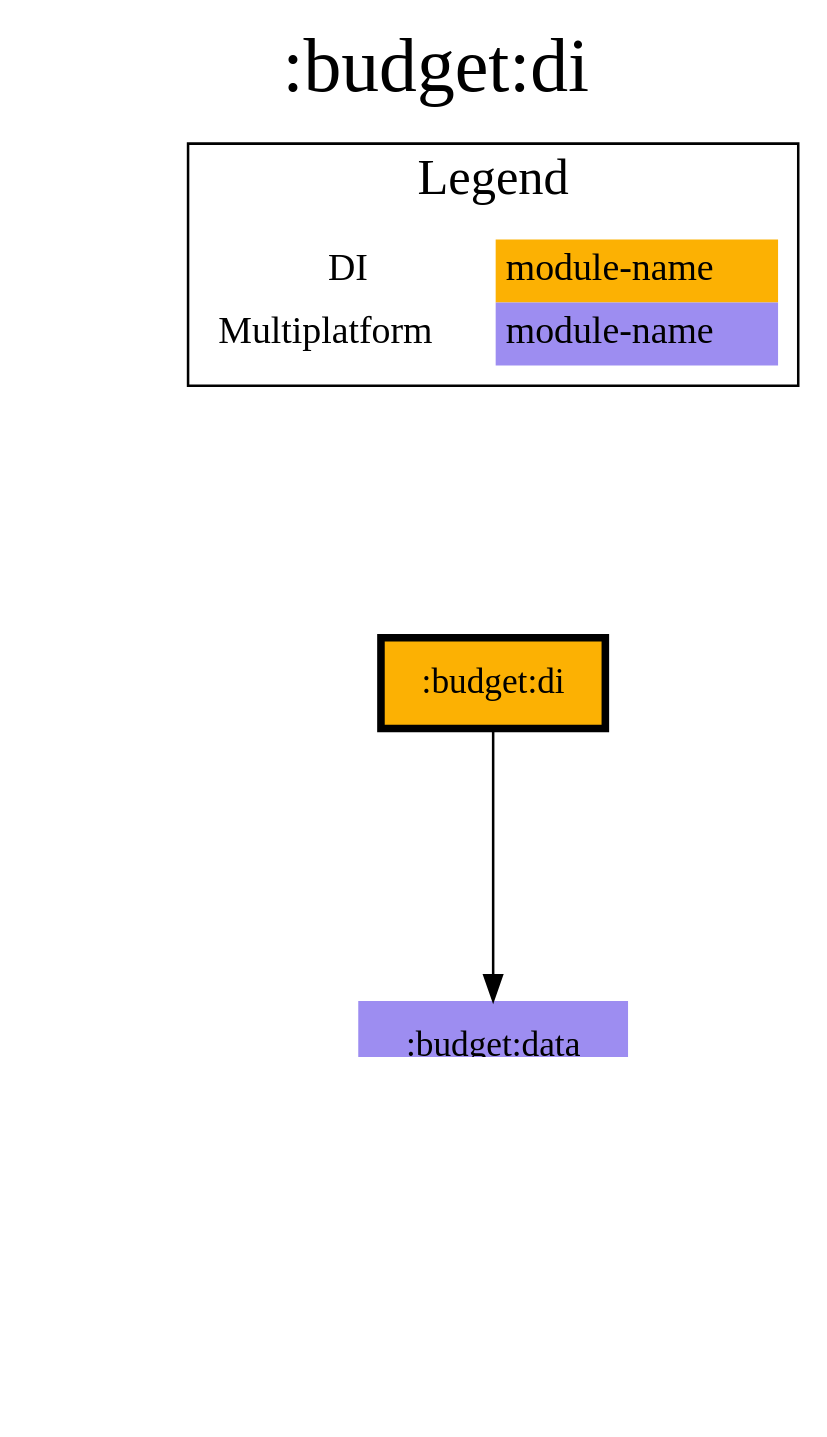
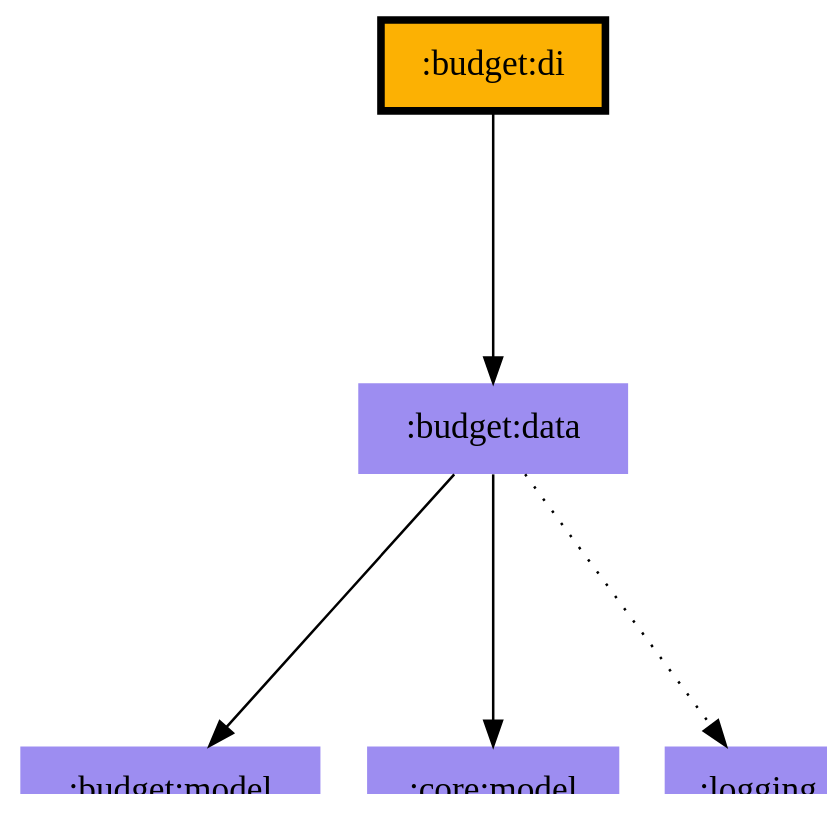
The diagram in modules/budget/di/modules.dot (jonapoul/aktual), drawn with Graphviz before and after one commit. The commit also changed 138 other files, not shown here.

First line of the commit message:
Rework diagram generation (#465)

```diff
--- a/modules/budget/di/modules.dot
+++ b/modules/budget/di/modules.dot
@@ -1,29 +1,14 @@
 digraph {
 edge ["dir"="forward"]
-graph ["dpi"="100","label"=":budget:di","labelloc"="t","fontsize"="30","ranksep"="1.5","rankdir"="TB"]
+graph ["dpi"="100","fontsize"="30","ranksep"="1.5","rankdir"="TB"]
 node ["style"="filled"]
 ":budget:data" ["fillcolor"="#9D8DF1","shape"="none"]
 ":budget:di" ["fillcolor"="#FCB103","color"="black","penwidth"="3","shape"="box"]
 ":budget:model" ["fillcolor"="#9D8DF1","shape"="none"]
 ":core:model" ["fillcolor"="#9D8DF1","shape"="none"]
 ":logging" ["fillcolor"="#9D8DF1","shape"="none"]
-{
-edge ["dir"="none"]
-graph ["rank"="same"]
-":budget:di"
-}
 ":budget:data" -> ":budget:model"
 ":budget:data" -> ":core:model"
 ":budget:data" -> ":logging" ["style"="dotted"]
 ":budget:di" -> ":budget:data"
-subgraph "cluster_legend" {
-edge ["dir"="none"]
-graph ["label"="Legend","fontsize"="20"]
-"Legend" ["style"="filled","fillcolor"="#FFFFFF","shape"="none","margin"="0","fontsize"="15","label"=<
-<TABLE BORDER="0" CELLBORDER="0" CELLSPACING="0" CELLPADDING="4">
-<TR><TD>DI</TD><TD BGCOLOR="#FCB103">module-name</TD></TR>
-<TR><TD>Multiplatform</TD><TD BGCOLOR="#9D8DF1">module-name</TD></TR>
-</TABLE>
->]
-} -> ":budget:di" ["style"="invis"]
 }
```
